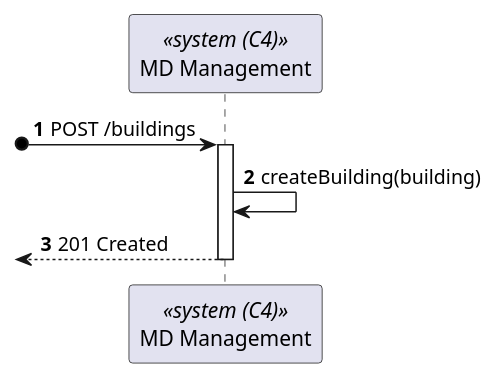
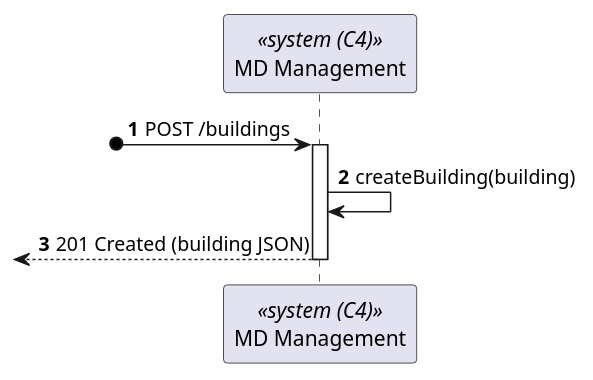
The diagram in _wiki/sprint-a/us01-150/views/level-2/process-view.puml (miseEnPlace-dev/lapr5), drawn with PlantUML before and after one commit. The commit also changed 2 other files, not shown here.

```diff
--- a/_wiki/sprint-a/us01-150/views/level-2/process-view.puml
+++ b/_wiki/sprint-a/us01-150/views/level-2/process-view.puml
@@ -1,13 +1,13 @@
 @startuml process-view
 autonumber
 participant SYS as "MD Management" <<system (C4)>>
 
 
 ?o-> SYS : POST /buildings
 activate SYS
 
 SYS -> SYS : createBuilding(building)
-<-- SYS : 201 Created
+<-- SYS : 201 Created (building JSON)
 deactivate SYS
 
 @enduml
```
